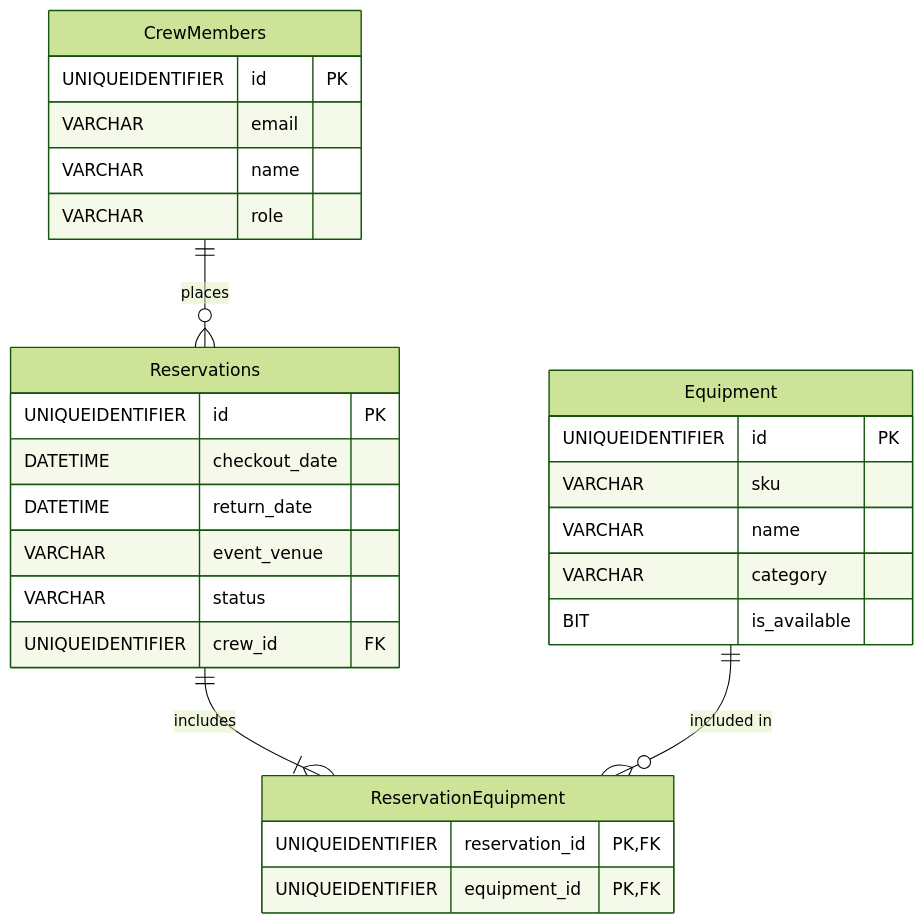
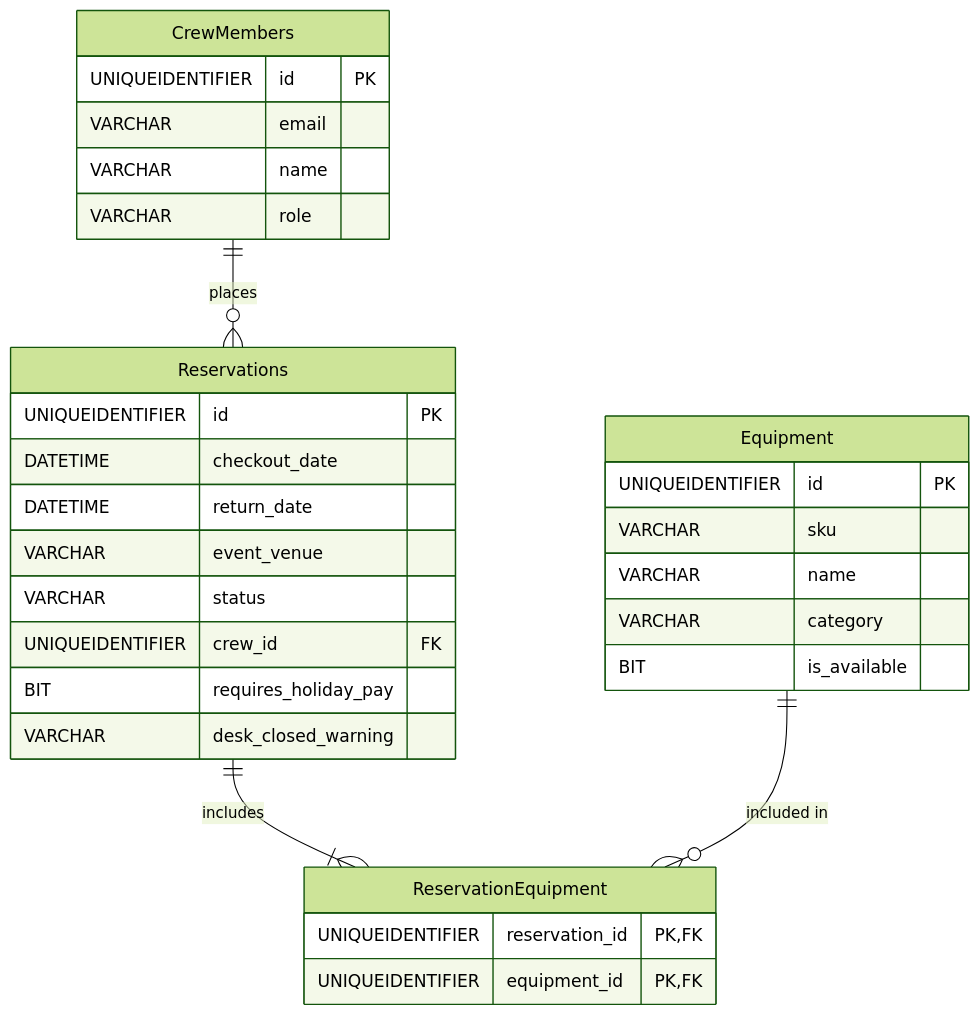
Before and after one commit to DominikFX/ITMD544-final: the diagram in README.md, drawn with Mermaid (forest theme). The commit also changed 2 other files, not shown here.

Commit message:
openapi, formatting, readme

````diff
--- a/README.md
+++ b/README.md
@@ -33,32 +33,34 @@
 ```mermaid
 erDiagram
     CrewMembers ||--o{ Reservations : "places"
     Reservations ||--|{ ReservationEquipment : "includes"
     Equipment ||--o{ ReservationEquipment : "included in"
 
     CrewMembers {
         UNIQUEIDENTIFIER id PK
         VARCHAR email
         VARCHAR name
         VARCHAR role
     }
     Equipment {
         UNIQUEIDENTIFIER id PK
         VARCHAR sku
         VARCHAR name
         VARCHAR category
         BIT is_available
     }
     Reservations {
         UNIQUEIDENTIFIER id PK
         DATETIME checkout_date
         DATETIME return_date
         VARCHAR event_venue
         VARCHAR status
         UNIQUEIDENTIFIER crew_id FK
+        BIT requires_holiday_pay
+        VARCHAR desk_closed_warning
     }
     ReservationEquipment {
         UNIQUEIDENTIFIER reservation_id PK, FK
         UNIQUEIDENTIFIER equipment_id PK, FK
     }
 ```
````
